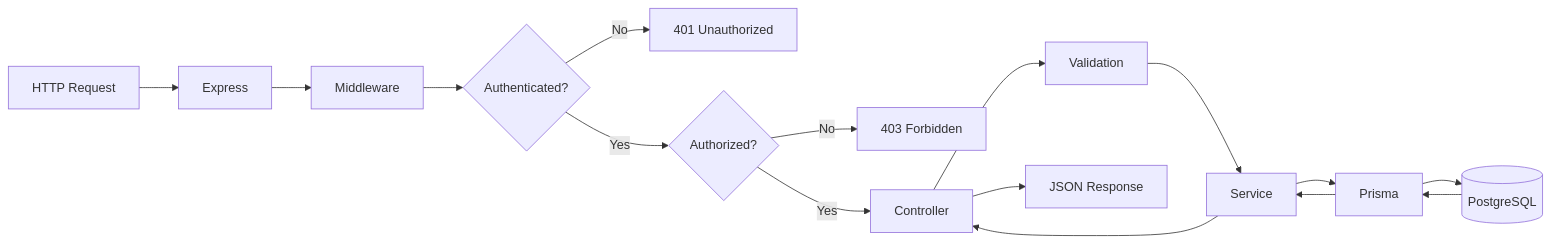
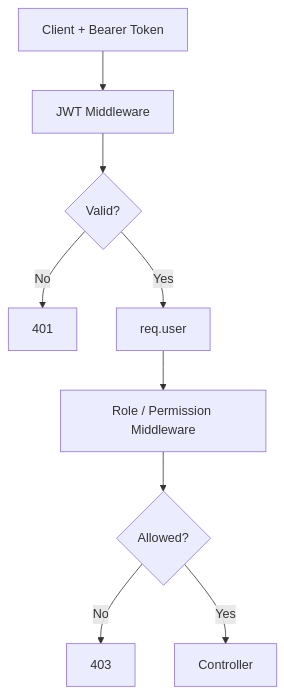
The fourth of 31 diagrams in README.md (SnehashisKundu/VerterxLearn-Learning-management-System), drawn with Mermaid before and after one commit. The commit also changed other lines of this file, not shown here.

````diff
--- a/README.md
+++ b/README.md
@@ -195,18 +406,11 @@
-``` mermaid
-flowchart LR
-    A[HTTP Request] --> B[Express]
-    B --> C[Middleware]
-    C --> D{Authenticated?}
-    D -- No --> E[401 Unauthorized]
-    D -- Yes --> F{Authorized?}
-    F -- No --> G[403 Forbidden]
-    F -- Yes --> H[Controller]
-    H --> I[Validation]
-    I --> J[Service]
-    J --> K[Prisma]
-    K --> L[(PostgreSQL)]
-    L --> K
-    K --> J
-    J --> H
-    H --> M[JSON Response]
+```mermaid
+flowchart TD
+    A["Client + Bearer Token"] --> B["JWT Middleware"]
+    B --> C{"Valid?"}
+    C -- No --> D["401"]
+    C -- Yes --> E["req.user"]
+    E --> F["Role / Permission Middleware"]
+    F --> G{"Allowed?"}
+    G -- No --> H["403"]
+    G -- Yes --> I["Controller"]
 ```
````
